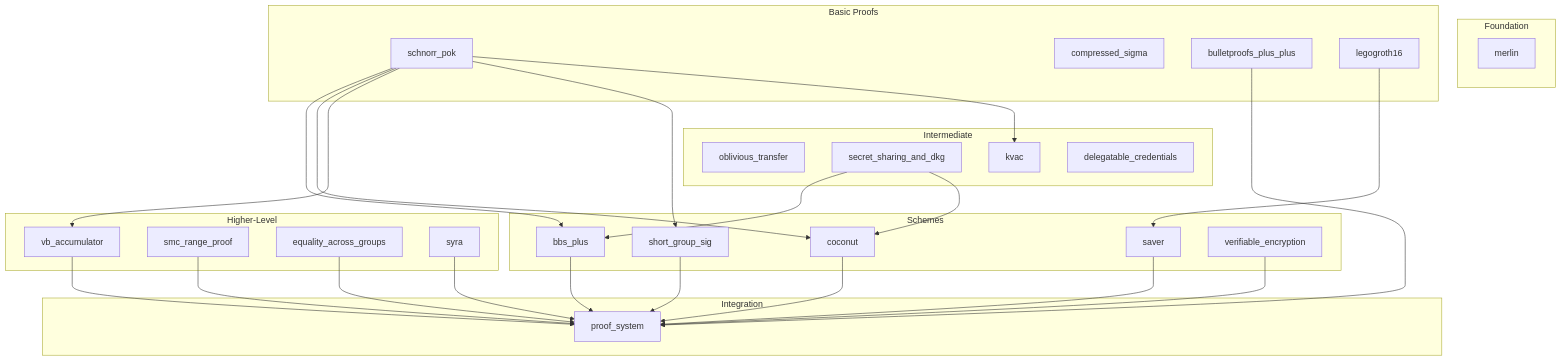
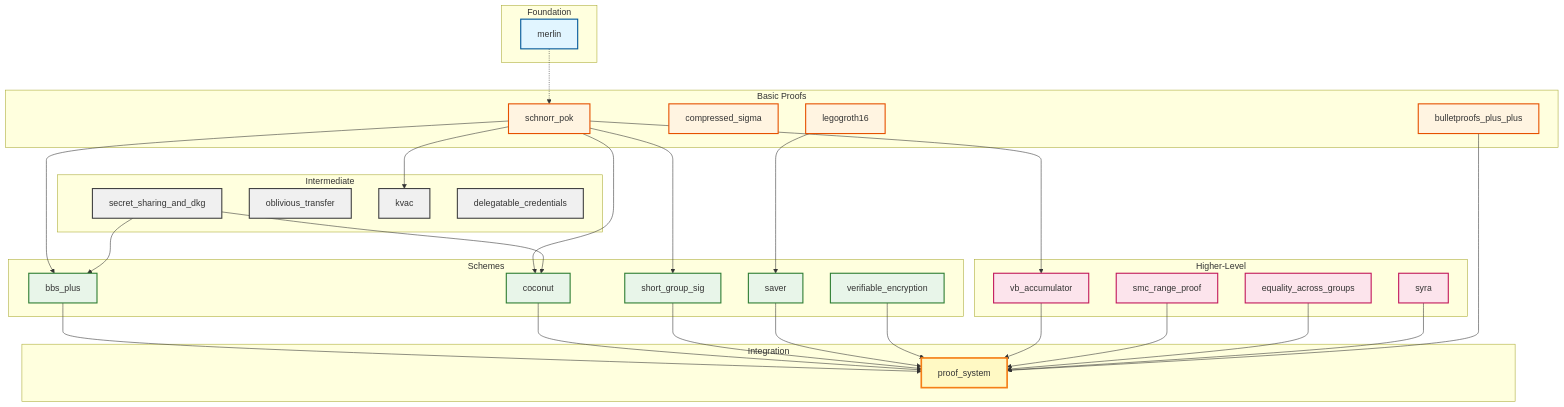
The diagram in _posts/2025-12-15-docknetwork-crypto-library.md (eid-privacy/eid-privacy.github.io), drawn with Mermaid before and after one commit. The commit also changed other lines of this file, not shown here.

````diff
--- a/_posts/2025-12-15-docknetwork-crypto-library.md
+++ b/_posts/2025-12-15-docknetwork-crypto-library.md
@@ -68,8 +120,8 @@
     end
     
     subgraph L2["Intermediate"]
+        secret_sharing_and_dkg["secret_sharing_and_dkg"]
         oblivious_transfer["oblivious_transfer"]
-        secret_sharing_and_dkg["secret_sharing_and_dkg"]
         kvac["kvac"]
         delegatable_credentials["delegatable_credentials"]
     end
@@ -93,25 +145,49 @@
         proof_system["proof_system"]
     end
     
+    %% Foundation connections
+    merlin -.-> schnorr_pok
+    
+    %% Left branch: schnorr_pok -> bbs_plus, short_group_sig, kvac
     schnorr_pok --> bbs_plus
-    schnorr_pok --> coconut
-    schnorr_pok --> vb_accumulator
     schnorr_pok --> short_group_sig
     schnorr_pok --> kvac
     
+    %% Right branch: schnorr_pok -> coconut, vb_accumulator
+    schnorr_pok --> coconut
+    schnorr_pok --> vb_accumulator
+    
+    %% Intermediate to Schemes
     secret_sharing_and_dkg --> bbs_plus
     secret_sharing_and_dkg --> coconut
     
+    %% SNARK path
     legogroth16 --> saver
     
+    %% All to Integration - grouped to reduce visual clutter
     bbs_plus --> proof_system
     coconut --> proof_system
-    vb_accumulator --> proof_system
-    smc_range_proof --> proof_system
     short_group_sig --> proof_system
     saver --> proof_system
     verifiable_encryption --> proof_system
+    vb_accumulator --> proof_system
+    smc_range_proof --> proof_system
     equality_across_groups --> proof_system
     syra --> proof_system
     bulletproofs_plus_plus --> proof_system
+    
+    %% Styling for better visual hierarchy
+    classDef foundation fill:#e1f5ff,stroke:#01579b,stroke-width:2px
+    classDef basic fill:#fff4e1,stroke:#e65100,stroke-width:2px
+    classDef intermediate fill:#f0f0f0,stroke:#424242,stroke-width:2px
+    classDef schemes fill:#e8f5e9,stroke:#2e7d32,stroke-width:2px
+    classDef higher fill:#fce4ec,stroke:#c2185b,stroke-width:2px
+    classDef integration fill:#fff9c4,stroke:#f57f17,stroke-width:3px
+    
+    class merlin foundation
+    class schnorr_pok,compressed_sigma,bulletproofs_plus_plus,legogroth16 basic
+    class secret_sharing_and_dkg,oblivious_transfer,kvac,delegatable_credentials intermediate
+    class bbs_plus,coconut,short_group_sig,saver,verifiable_encryption schemes
+    class vb_accumulator,smc_range_proof,equality_across_groups,syra higher
+    class proof_system integration
 ```
````
